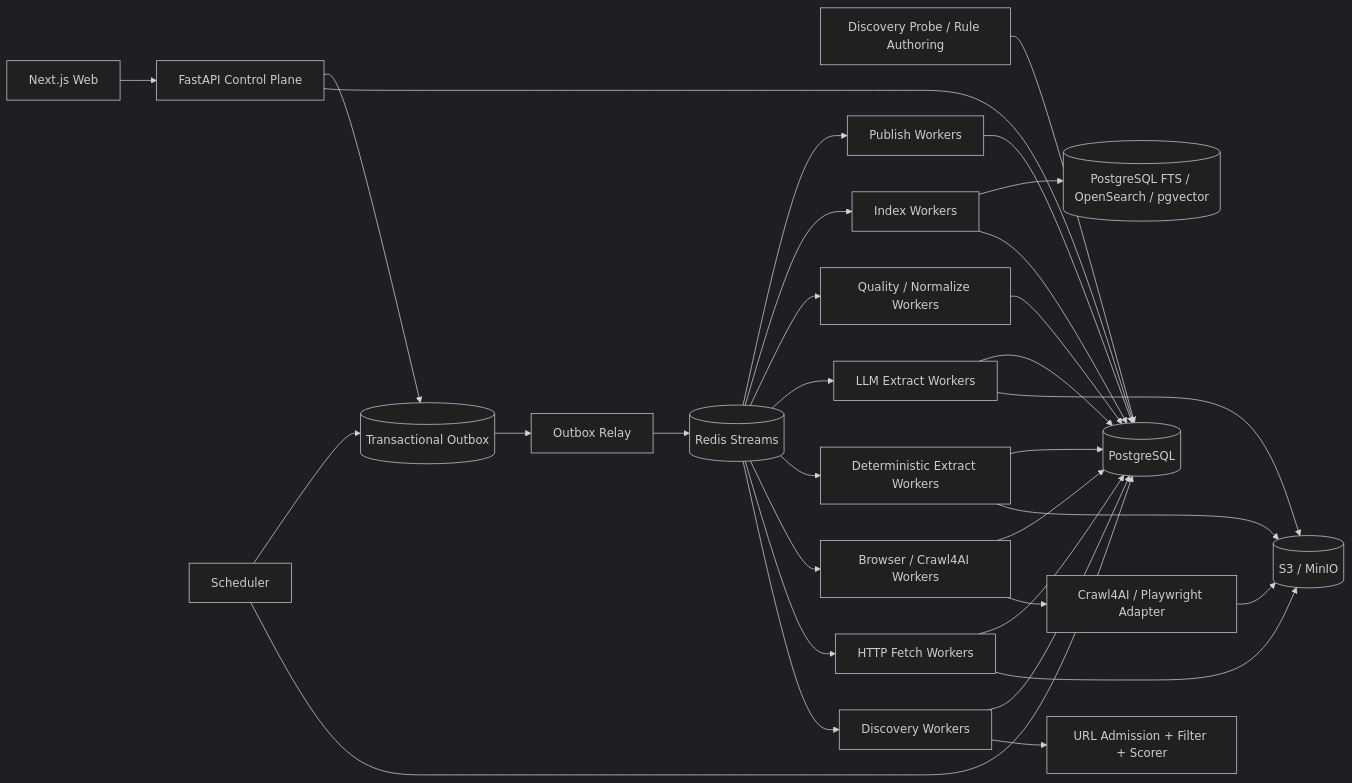
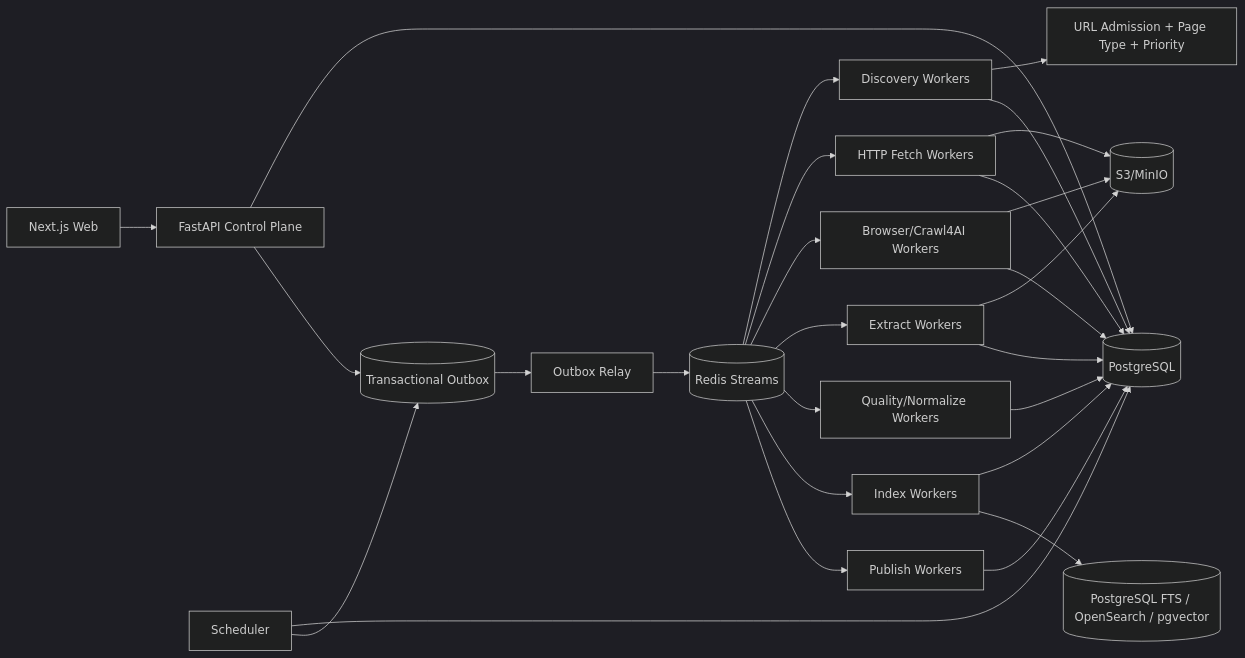
One commit to WorkerXu/my-doc changed the diagram in 博客知识库技术方案.md. Above: the diagram before and after it, drawn with Mermaid (dark theme). The commit also changed other lines of this file and 2 other files, not shown here.

````diff
--- a/博客知识库技术方案.md
+++ b/博客知识库技术方案.md
@@ -73,39 +35,32 @@
 ```mermaid
 flowchart LR
     UI[Next.js Web] --> API[FastAPI Control Plane]
     API --> PG[(PostgreSQL)]
     API --> OUT[(Transactional Outbox)]
-
-    PROBE[Discovery Probe / Rule Authoring] --> PG
     SCHED[Scheduler] --> PG
     SCHED --> OUT
     OUT --> RELAY[Outbox Relay]
     RELAY --> Q[(Redis Streams)]
 
     Q --> DW[Discovery Workers]
     Q --> HF[HTTP Fetch Workers]
-    Q --> BW[Browser / Crawl4AI Workers]
-    Q --> EX[Deterministic Extract Workers]
-    Q --> LX[LLM Extract Workers]
-    Q --> QW[Quality / Normalize Workers]
+    Q --> BW[Browser/Crawl4AI Workers]
+    Q --> EX[Extract Workers]
+    Q --> QW[Quality/Normalize Workers]
     Q --> IW[Index Workers]
     Q --> PW[Publish Workers]
 
-    DW --> GATE[URL Admission + Filter + Scorer]
-    HF --> OBJ[(S3 / MinIO)]
-    BW --> CADP[Crawl4AI / Playwright Adapter]
-    CADP --> OBJ
+    DW --> GATE[URL Admission + Page Type + Priority]
+    HF --> OBJ[(S3/MinIO)]
+    BW --> OBJ
     EX --> OBJ
-    LX --> OBJ
-
     DW --> PG
     HF --> PG
     BW --> PG
     EX --> PG
-    LX --> PG
     QW --> PG
     IW --> PG
     PW --> PG
 
     IW --> SEARCH[(PostgreSQL FTS / OpenSearch / pgvector)]
 ```
````
